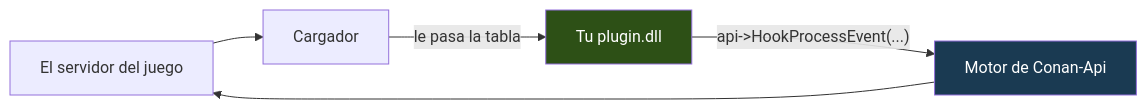
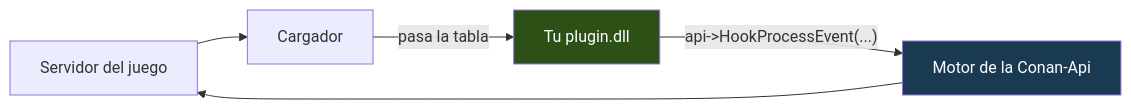
Before and after one commit to andrew-mauricio/Conan-Api-SDK: the diagram in Docs/README.es.md, drawn with Mermaid. The commit also changed other lines of this file, not shown here.

First line of the commit message:
README: o que e obrigatorio numa pasta de plugin, dito com todas as letras

````diff
--- a/Docs/README.es.md
+++ b/Docs/README.es.md
@@ -61,9 +60,9 @@
 ```mermaid
 flowchart LR
-    A[El servidor del juego] --> B[Cargador]
-    B -- "le pasa la tabla" --> C[Tu plugin.dll]
-    C -- "api-&gt;HookProcessEvent(...)" --> D[Motor de Conan-Api]
+    A[Servidor del juego] --> B[Cargador]
+    B -- "pasa la tabla" --> C[Tu plugin.dll]
+    C -- "api-&gt;HookProcessEvent(...)" --> D[Motor de la Conan-Api]
     D --> A
     style C fill:#2d5016,color:#fff
     style D fill:#1a3a52,color:#fff
 ```
````
